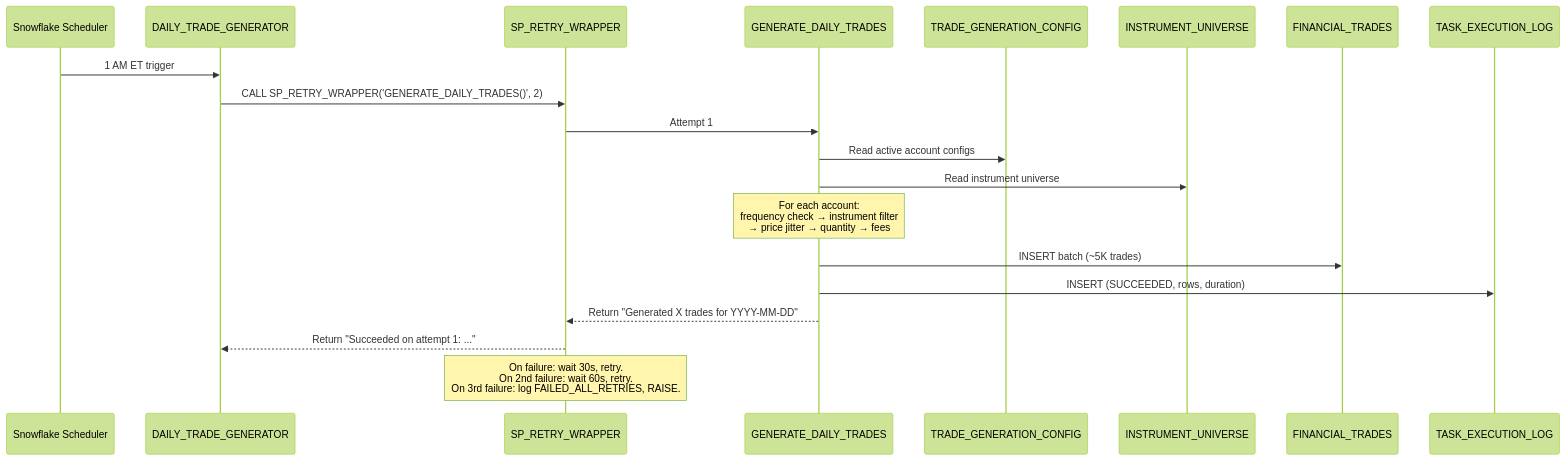
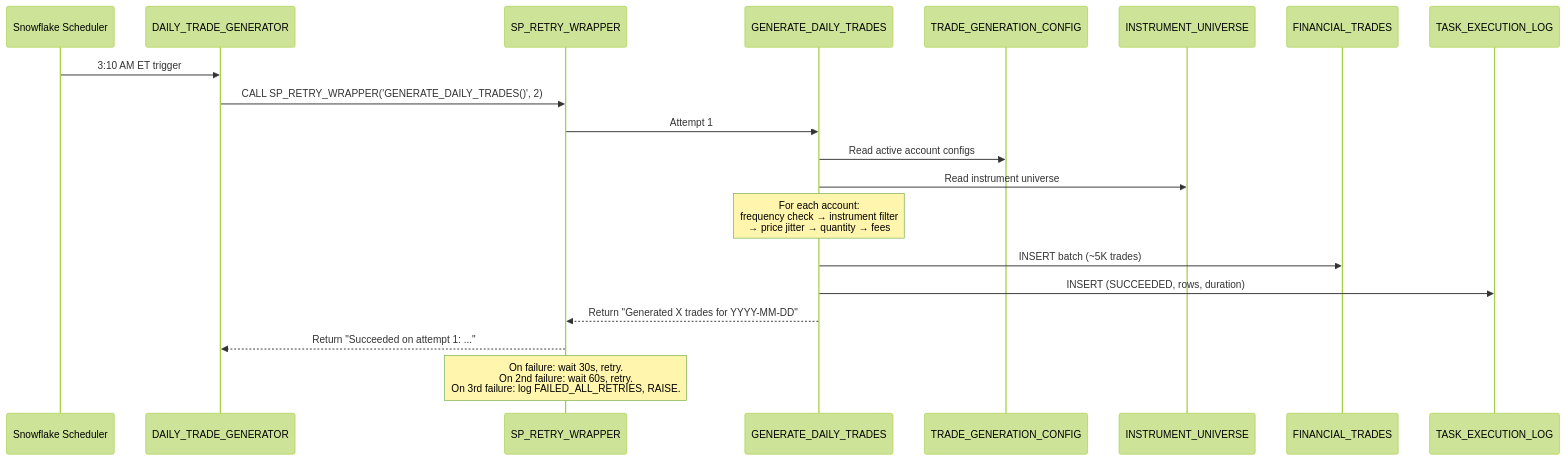
One commit to josers18/JDO changed the third of 5 diagrams in Snowflake/docs/ARCHITECTURE.md. Above: the diagram before and after it, drawn with Mermaid (forest theme). The commit also changed other lines of this file and 167 other files, not shown here.

````diff
--- a/Snowflake/docs/ARCHITECTURE.md
+++ b/Snowflake/docs/ARCHITECTURE.md
@@ -167,24 +167,24 @@
 ```mermaid
 sequenceDiagram
     participant CRON as Snowflake Scheduler
     participant TASK as DAILY_TRADE_GENERATOR
     participant RW as SP_RETRY_WRAPPER
     participant SP as GENERATE_DAILY_TRADES
     participant TGC as TRADE_GENERATION_CONFIG
     participant IU as INSTRUMENT_UNIVERSE
     participant FT as FINANCIAL_TRADES
     participant LOG as TASK_EXECUTION_LOG
 
-    CRON->>TASK: 1 AM ET trigger
+    CRON->>TASK: 3:10 AM ET trigger
     TASK->>RW: CALL SP_RETRY_WRAPPER('GENERATE_DAILY_TRADES()', 2)
     RW->>SP: Attempt 1
     SP->>TGC: Read active account configs
     SP->>IU: Read instrument universe
     Note over SP: For each account:<br/>frequency check → instrument filter<br/>→ price jitter → quantity → fees
     SP->>FT: INSERT batch (~5K trades)
     SP->>LOG: INSERT (SUCCEEDED, rows, duration)
     SP-->>RW: Return "Generated X trades for YYYY-MM-DD"
     RW-->>TASK: Return "Succeeded on attempt 1: ..."
 
     Note over RW: On failure: wait 30s, retry.<br/>On 2nd failure: wait 60s, retry.<br/>On 3rd failure: log FAILED_ALL_RETRIES, RAISE.
 ```
````
